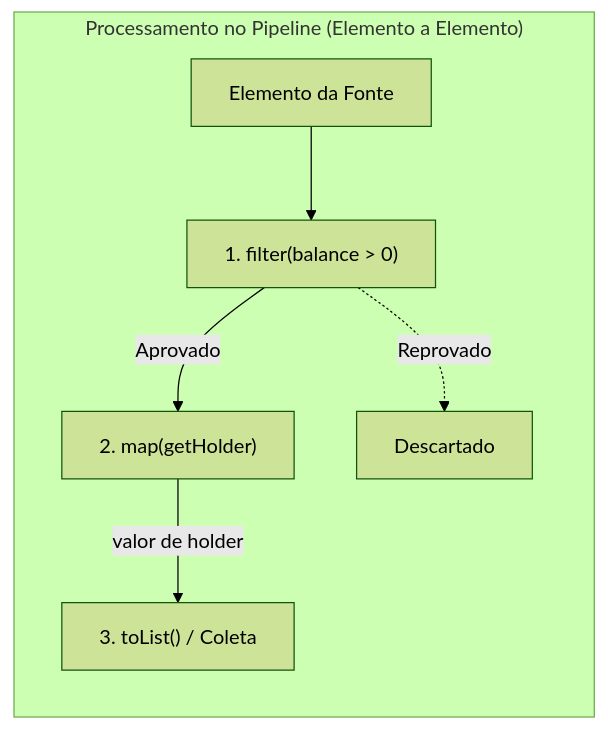
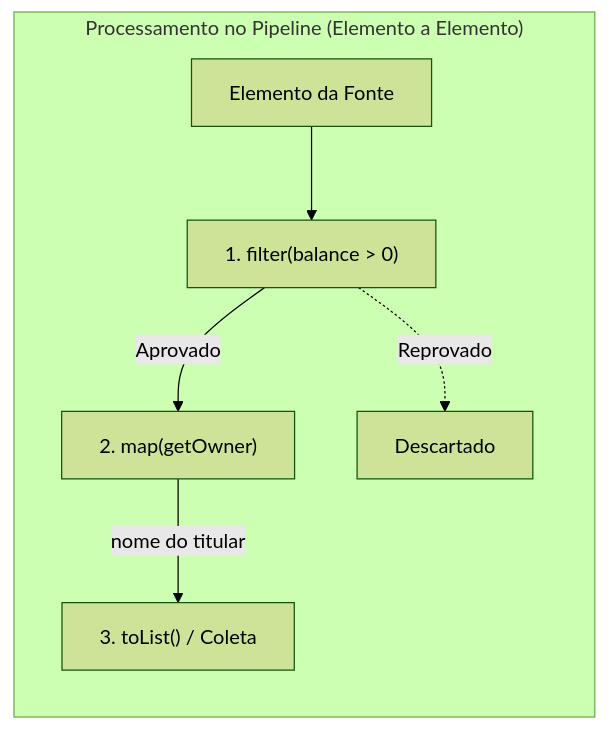
The second of 3 diagrams in java-moderno/03-java-funcional/05-streams-fundamentos.md (Lubrisa/fatec-curso-oo), drawn with Mermaid (forest theme) before and after one commit. The commit also changed other lines of this file, not shown here.

Commit message:
docs(funcional): padroniza dominio owner e rodape no cap 05

````diff
--- a/java-moderno/03-java-funcional/05-streams-fundamentos.md
+++ b/java-moderno/03-java-funcional/05-streams-fundamentos.md
@@ -50,9 +50,9 @@
 ```mermaid
 graph LR
     subgraph "Processamento no Pipeline (Elemento a Elemento)"
         E["Elemento da Fonte"] --> F["1. filter(balance &gt; 0)"]
-        F -->|Aprovado| M["2. map(getHolder)"]
+        F -->|Aprovado| M["2. map(getOwner)"]
         F -.->|Reprovado| D["Descartado"]
-        M -->|valor de holder| T["3. toList() / Coleta"]
+        M -->|nome do titular| T["3. toList() / Coleta"]
     end
 ```
````
